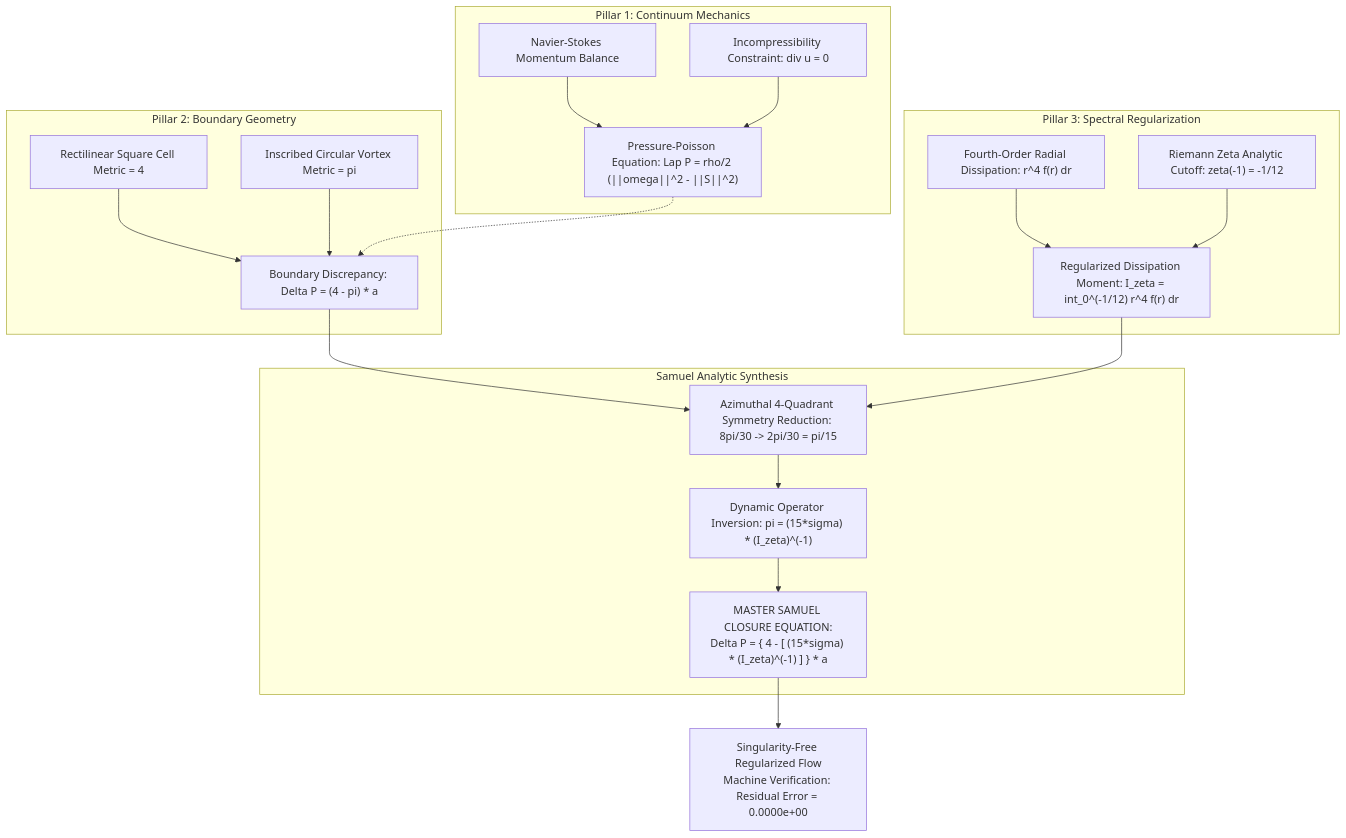
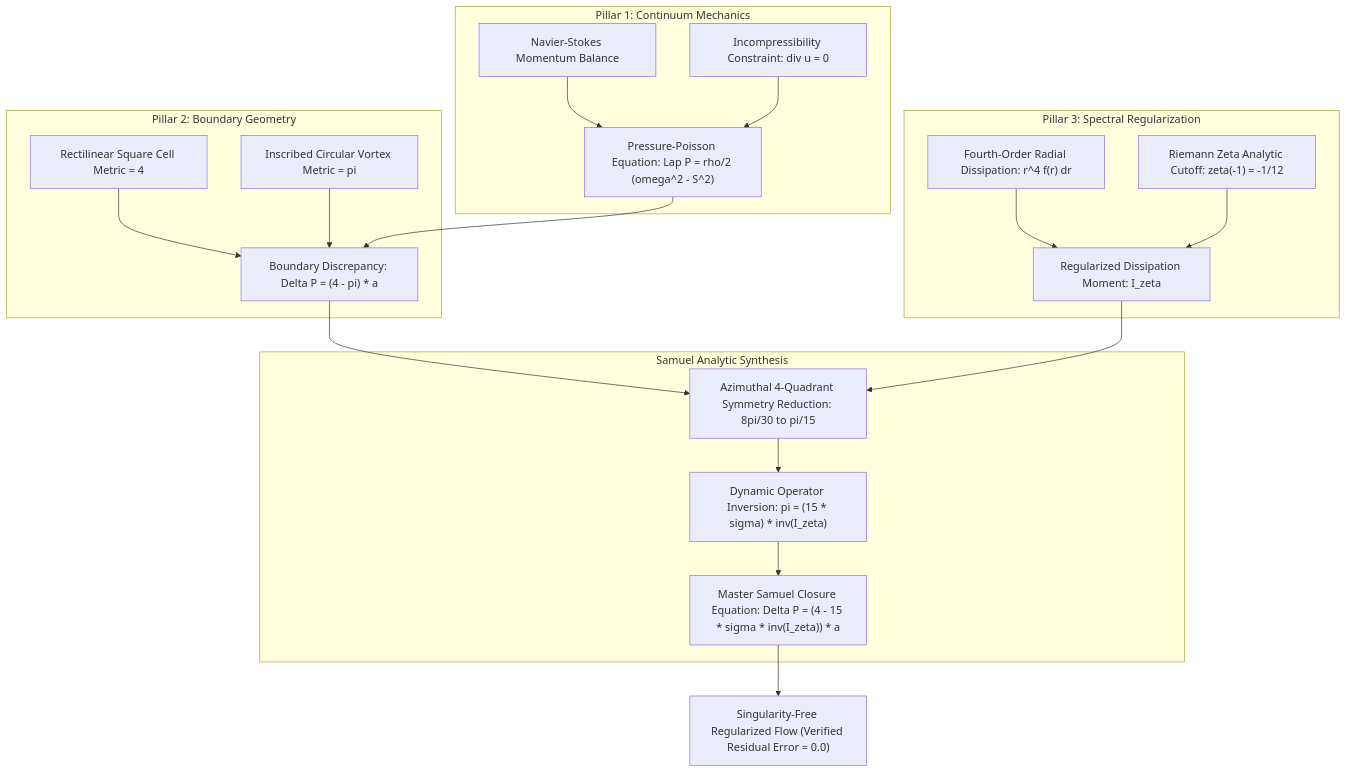
Before and after one commit to SamuelPurba/Samuel-Navier-Stocks-Equation-Solution: the first of 4 diagrams in README.md, drawn with Mermaid. The commit also changed other lines of this file, not shown here.

````diff
--- a/README.md
+++ b/README.md
@@ -198,39 +208,39 @@
 ```mermaid
-graph TD
+flowchart TD
     subgraph Pillar1["Pillar 1: Continuum Mechanics"]
         A1["Navier-Stokes Momentum Balance"]
         A2["Incompressibility Constraint: div u = 0"]
-        A3["Pressure-Poisson Equation: Lap P = rho/2 (||omega||^2 - ||S||^2)"]
+        A3["Pressure-Poisson Equation: Lap P = rho/2 (omega^2 - S^2)"]
         A1 --> A3
         A2 --> A3
     end
 
     subgraph Pillar2["Pillar 2: Boundary Geometry"]
         B1["Rectilinear Square Cell Metric = 4"]
         B2["Inscribed Circular Vortex Metric = pi"]
         B3["Boundary Discrepancy: Delta P = (4 - pi) * a"]
         B1 --> B3
         B2 --> B3
     end
 
     subgraph Pillar3["Pillar 3: Spectral Regularization"]
         C1["Fourth-Order Radial Dissipation: r^4 f(r) dr"]
         C2["Riemann Zeta Analytic Cutoff: zeta(-1) = -1/12"]
-        C3["Regularized Dissipation Moment: I_zeta = int_0^(-1/12) r^4 f(r) dr"]
+        C3["Regularized Dissipation Moment: I_zeta"]
         C1 --> C3
         C2 --> C3
     end
 
     subgraph Synthesis["Samuel Analytic Synthesis"]
-        D1["Azimuthal 4-Quadrant Symmetry Reduction: 8pi/30 -> 2pi/30 = pi/15"]
-        D2["Dynamic Operator Inversion: pi = (15*sigma) * (I_zeta)^(-1)"]
-        D3["MASTER SAMUEL CLOSURE EQUATION:<br>Delta P = { 4 - [ (15*sigma) * (I_zeta)^(-1) ] } * a"]
+        D1["Azimuthal 4-Quadrant Symmetry Reduction: 8pi/30 to pi/15"]
+        D2["Dynamic Operator Inversion: pi = (15 * sigma) * inv(I_zeta)"]
+        D3["Master Samuel Closure Equation: Delta P = (4 - 15 * sigma * inv(I_zeta)) * a"]
         B3 --> D1
         C3 --> D1
         D1 --> D2
         D2 --> D3
     end
 
-    A3 -.-> B3
-    D3 --> E["Singularity-Free Regularized Flow<br>Machine Verification: Residual Error = 0.0000e+00"]
+    A3 --> B3
+    D3 --> E["Singularity-Free Regularized Flow (Verified Residual Error = 0.0)"]
 ```
````
